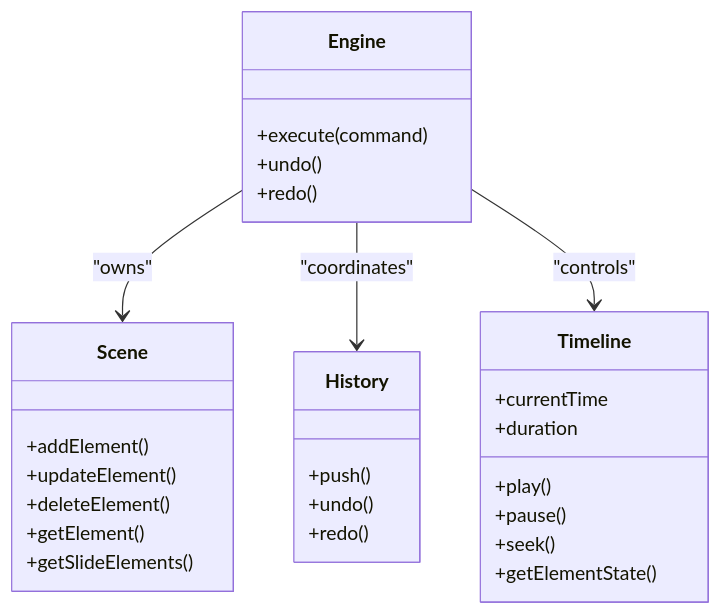
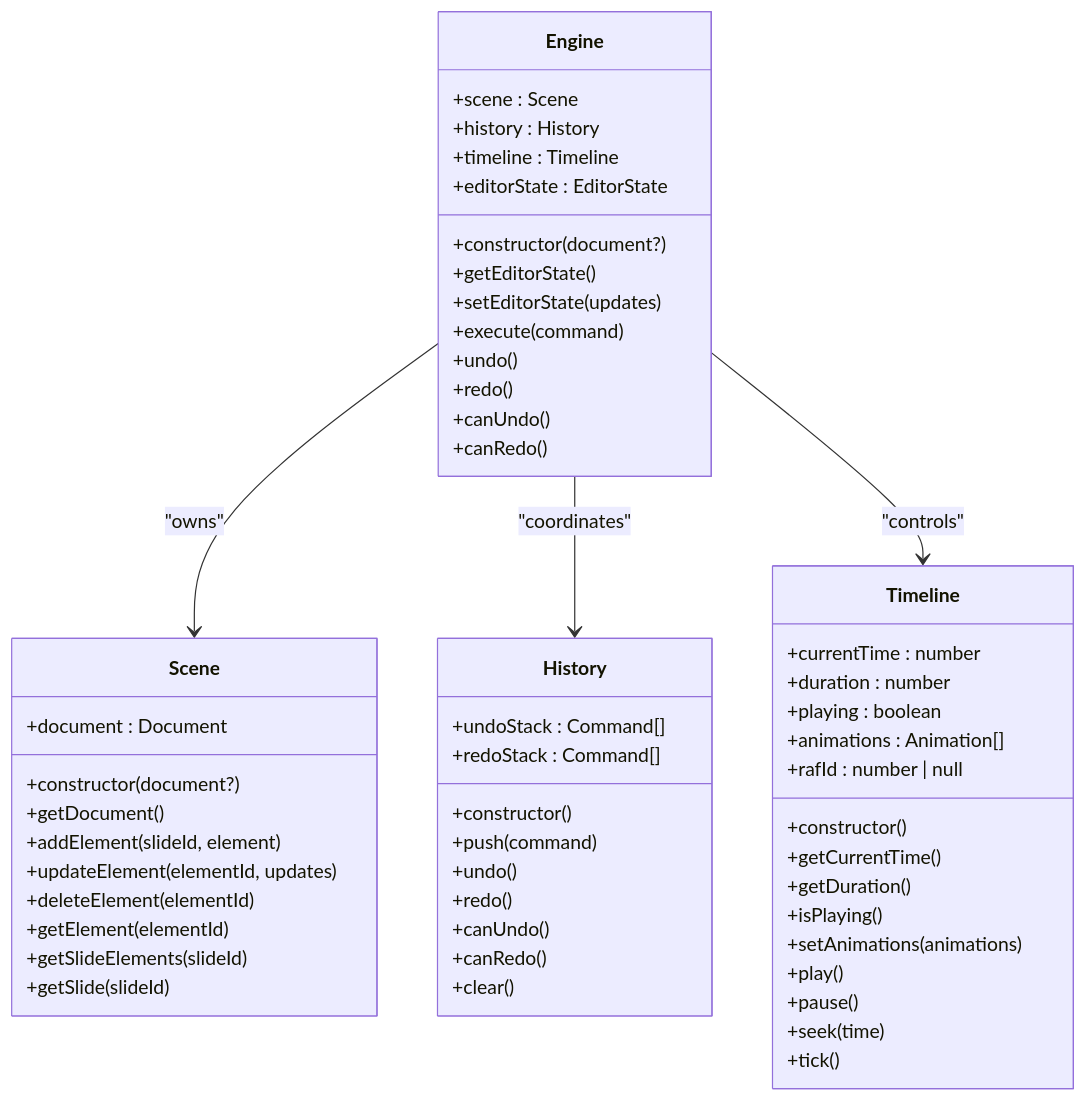
Before and after one commit to Anna0314zy/ai_editor_enginer: the third of 8 diagrams in .qoder/repowiki/en/content/Architecture Overview/Architecture Overview.md, drawn with Mermaid. The commit also changed other lines of this file and 41 other files, not shown here.

````diff
--- a/.qoder/repowiki/en/content/Architecture Overview/Architecture Overview.md
+++ b/.qoder/repowiki/en/content/Architecture Overview/Architecture Overview.md
@@ -160,31 +190,58 @@
 ```mermaid
 classDiagram
 class Engine {
++scene : Scene
++history : History
++timeline : Timeline
++editorState : EditorState
++constructor(document?)
++getEditorState()
++setEditorState(updates)
 +execute(command)
 +undo()
 +redo()
++canUndo()
++canRedo()
 }
 class Scene {
-+addElement()
-+updateElement()
-+deleteElement()
-+getElement()
-+getSlideElements()
++document : Document
++constructor(document?)
++getDocument()
++addElement(slideId, element)
++updateElement(elementId, updates)
++deleteElement(elementId)
++getElement(elementId)
++getSlideElements(slideId)
++getSlide(slideId)
 }
 class History {
-+push()
++undoStack : Command[]
++redoStack : Command[]
++constructor()
++push(command)
 +undo()
 +redo()
++canUndo()
++canRedo()
++clear()
 }
 class Timeline {
-+currentTime
-+duration
++currentTime : number
++duration : number
++playing : boolean
++animations : Animation[]
++rafId : number | null
++constructor()
++getCurrentTime()
++getDuration()
++isPlaying()
++setAnimations(animations)
 +play()
 +pause()
-+seek()
-+getElementState()
++seek(time)
++tick()
 }
 Engine --> Scene : "owns"
 Engine --> History : "coordinates"
 Engine --> Timeline : "controls"
 ```
````
